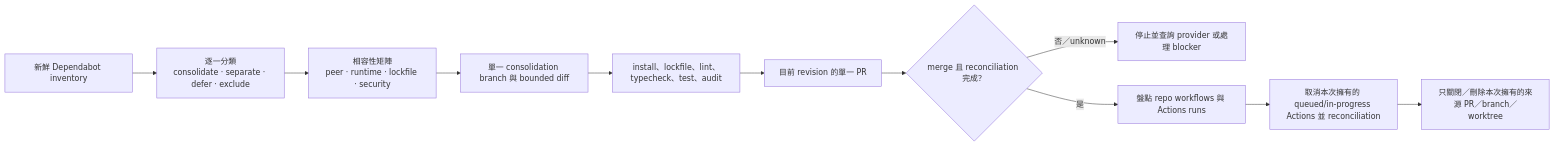
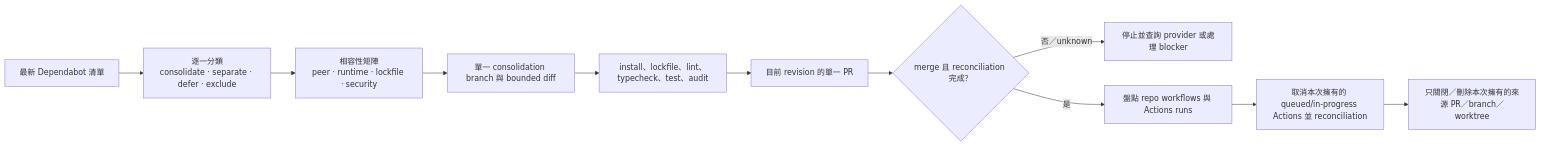
The fourth of 4 diagrams in docs/details/zh-TW.md (stephen-taipei/better-workflows), drawn with Mermaid before and after one commit. The commit also changed other lines of this file and 83 other files, not shown here.

````diff
--- a/docs/details/zh-TW.md
+++ b/docs/details/zh-TW.md
@@ -396,13 +396,13 @@
 ```mermaid
 flowchart LR
-  A["新鮮 Dependabot inventory"] --> B["逐一分類\nconsolidate · separate · defer · exclude"]
+  A["最新 Dependabot 清單"] --> B["逐一分類\nconsolidate · separate · defer · exclude"]
   B --> C["相容性矩陣\npeer · runtime · lockfile · security"]
   C --> D["單一 consolidation branch 與 bounded diff"]
   D --> E["install、lockfile、lint、typecheck、test、audit"]
   E --> F["目前 revision 的單一 PR"]
   F --> G{"merge 且 reconciliation 完成？"}
   G -- "否／unknown" --> H["停止並查詢 provider 或處理 blocker"]
   G -- "是" --> J["盤點 repo workflows 與 Actions runs"]
   J --> K["取消本次擁有的 queued/in-progress Actions 並 reconciliation"]
   K --> I["只關閉／刪除本次擁有的來源 PR／branch／worktree"]
 ```
````
